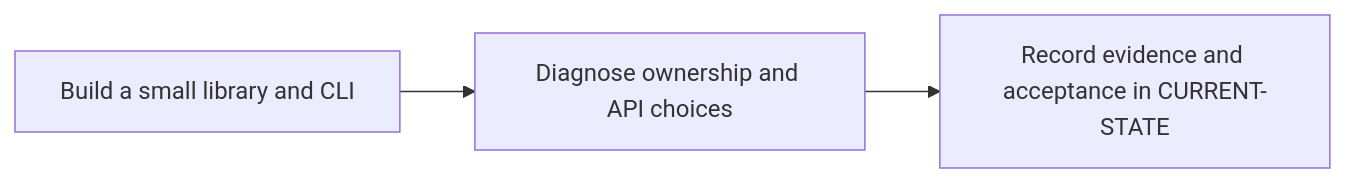
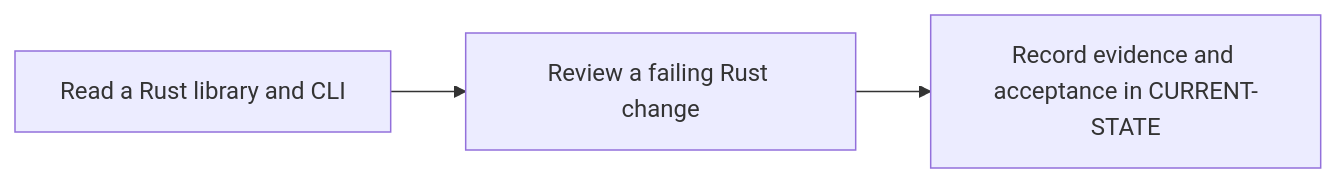
One commit to cdcdd15/git-runners-rust changed the diagram in docs/roadmap/P1.md. Above: the diagram before and after it, drawn with Mermaid. The commit also changed other lines of this file and 22 other files, not shown here.

Commit message:
docs: complete P0 and adopt a knowledge-first roadmap

````diff
--- a/docs/roadmap/P1.md
+++ b/docs/roadmap/P1.md
@@ -9,5 +9,5 @@
 ```mermaid
 flowchart LR
-    Input["Build a small library and CLI"] --> Validation["Diagnose ownership and API choices"]
+    Input["Read a Rust library and CLI"] --> Validation["Review a failing Rust change"]
     Validation --> Evidence["Record evidence and acceptance in CURRENT-STATE"]
 ```
````
